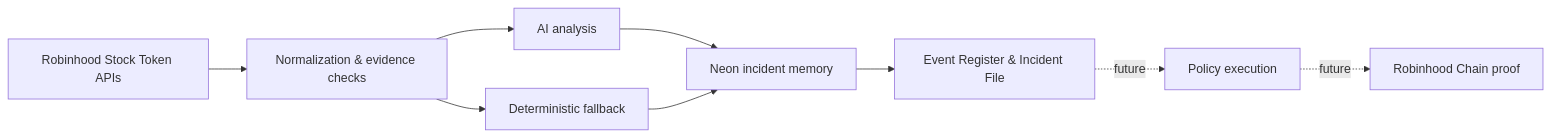
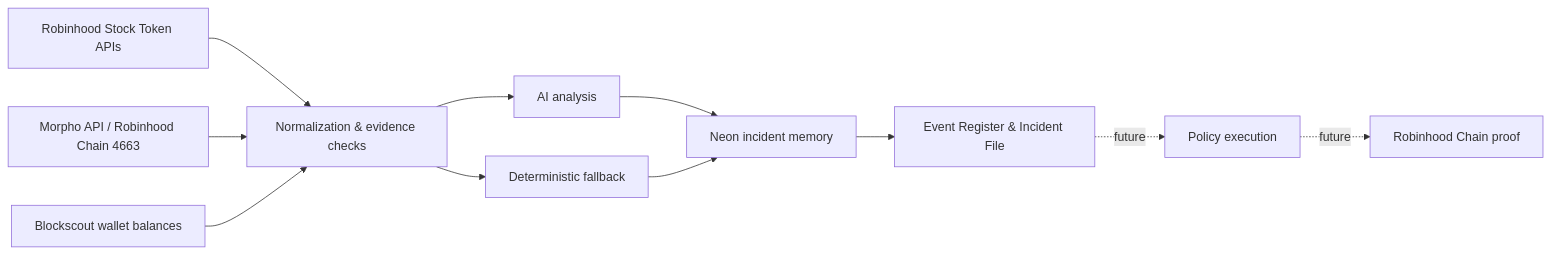
The diagram in README.md (jiyu1337/mihari), drawn with Mermaid before and after one commit. The commit also changed other lines of this file and 4 other files, not shown here.

````diff
--- a/README.md
+++ b/README.md
@@ -78,11 +79,13 @@
 ```mermaid
 flowchart LR
     A["Robinhood Stock Token APIs"] --> B["Normalization & evidence checks"]
+    M["Morpho API / Robinhood Chain 4663"] --> B
+    W["Blockscout wallet balances"] --> B
     B --> C["AI analysis"]
     B --> D["Deterministic fallback"]
     C --> E["Neon incident memory"]
     D --> E
     E --> F["Event Register & Incident File"]
     F -. future .-> G["Policy execution"]
     G -. future .-> H["Robinhood Chain proof"]
 ```
````
